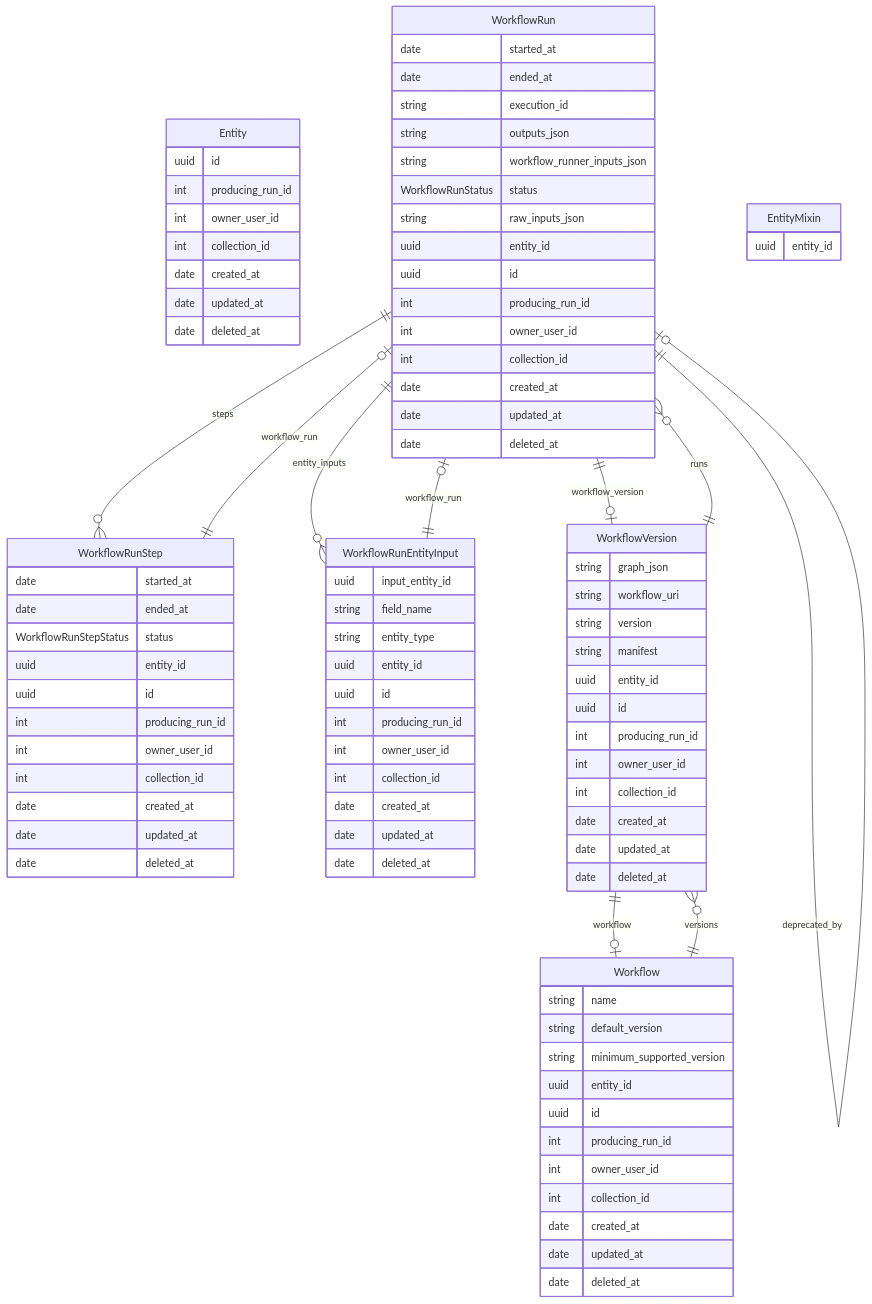
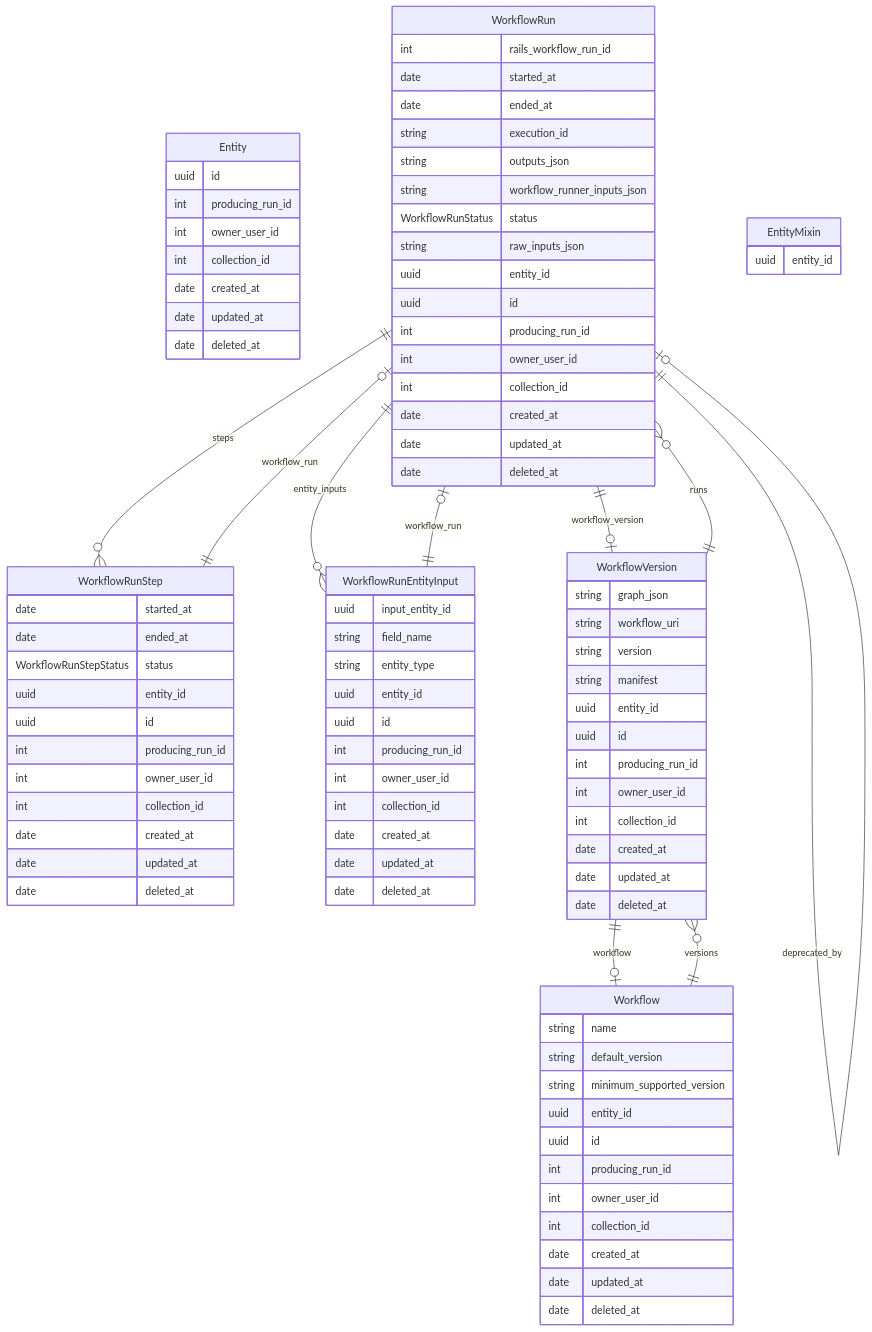
The diagram in workflows/schema/README.md (chanzuckerberg/czid-platformics), drawn with Mermaid before and after one commit. The commit also changed 26 other files, not shown here.

```diff
--- a/workflows/schema/README.md
+++ b/workflows/schema/README.md
@@ -10,6 +10,7 @@
     date deleted_at  
 }
 WorkflowRun {
+    int rails_workflow_run_id  
     date started_at  
     date ended_at  
     string execution_id  
```
